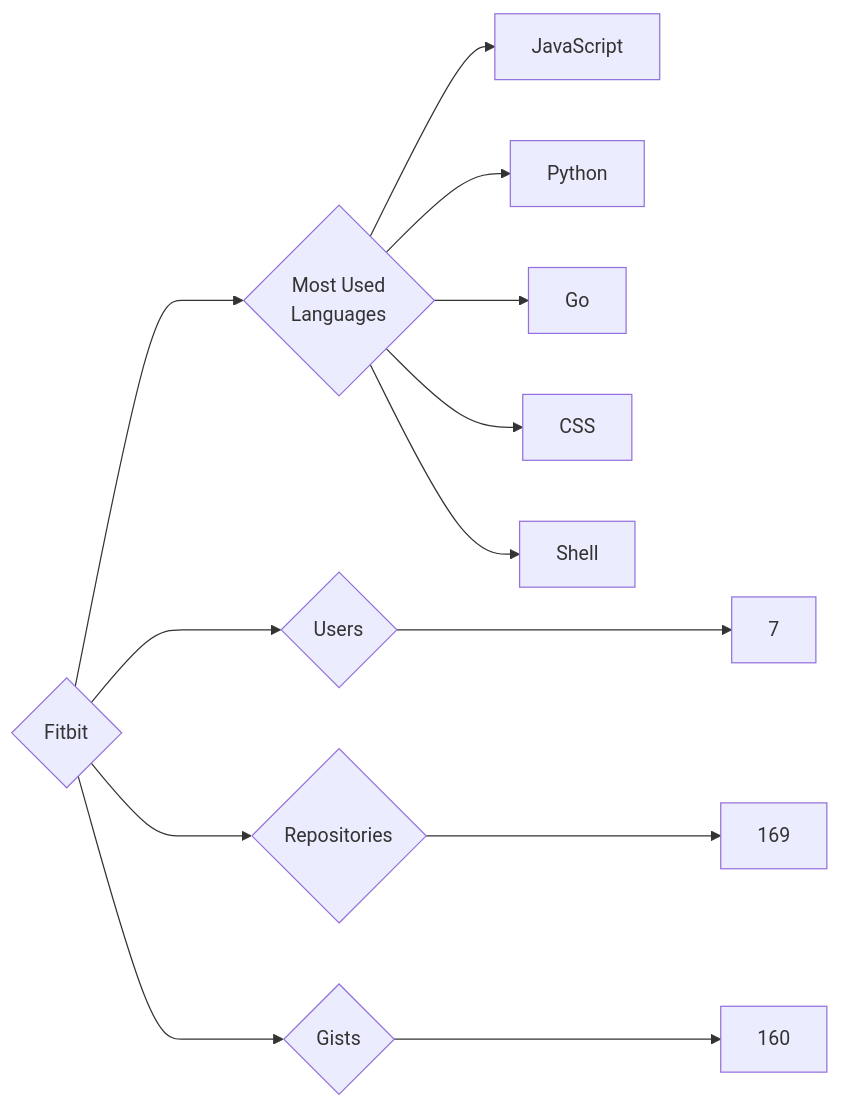
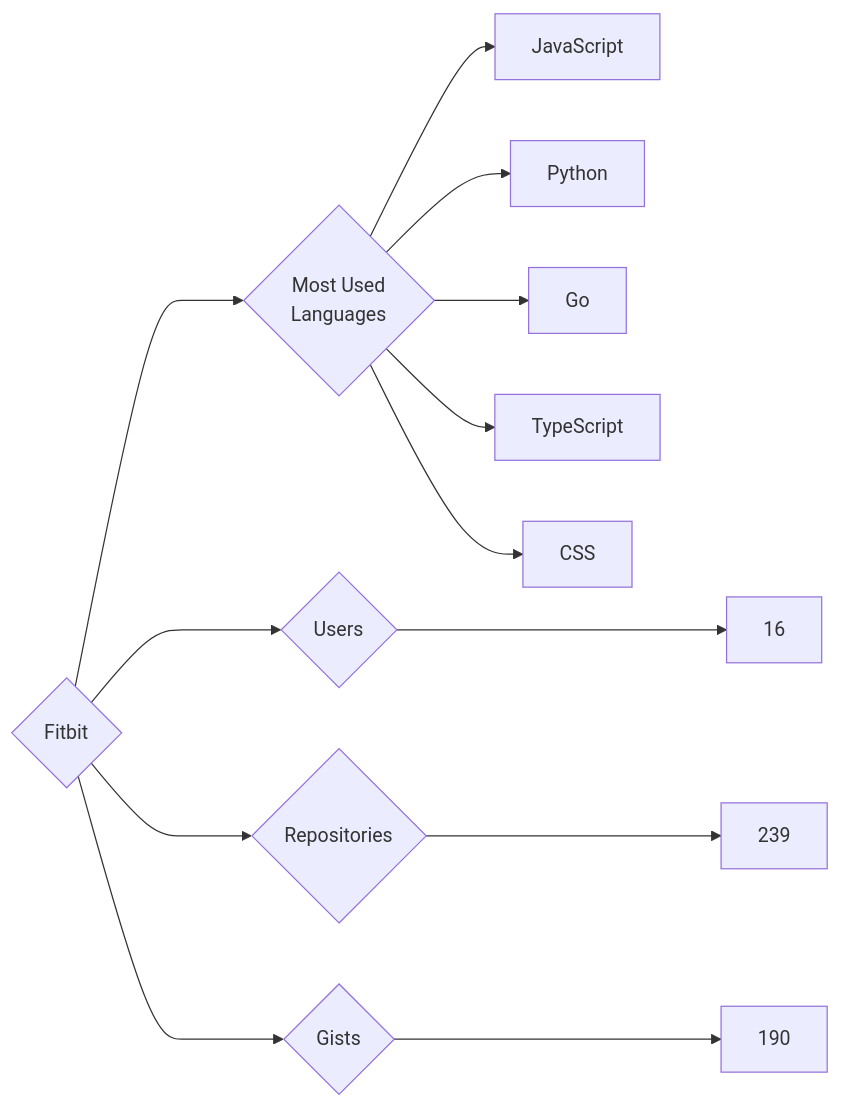
One commit to trickest/insiders changed the diagram in targets/Fitbit/README.md. Above: the diagram before and after it, drawn with Mermaid. The commit also changed 823 other files, not shown here.

````diff
--- a/targets/Fitbit/README.md
+++ b/targets/Fitbit/README.md
@@ -3,13 +3,13 @@
 ```mermaid
 graph LR
 COMPANY_NAME{Fitbit}
-COMPANY_NAME ---> U{Users} ---> UN[7]
-COMPANY_NAME ---> R{Repositories} ---> RN[169]
-COMPANY_NAME ---> G{Gists} ---> GN[160]
+COMPANY_NAME ---> U{Users} ---> UN[16]
+COMPANY_NAME ---> R{Repositories} ---> RN[239]
+COMPANY_NAME ---> G{Gists} ---> GN[190]
 COMPANY_NAME ---> ML{Most Used<br>Languages}
 ML --> JavaScript[JavaScript]
 ML --> Python[Python]
 ML --> Go[Go]
+ML --> TypeScript[TypeScript]
 ML --> CSS[CSS]
-ML --> Shell[Shell]
 ```
````
